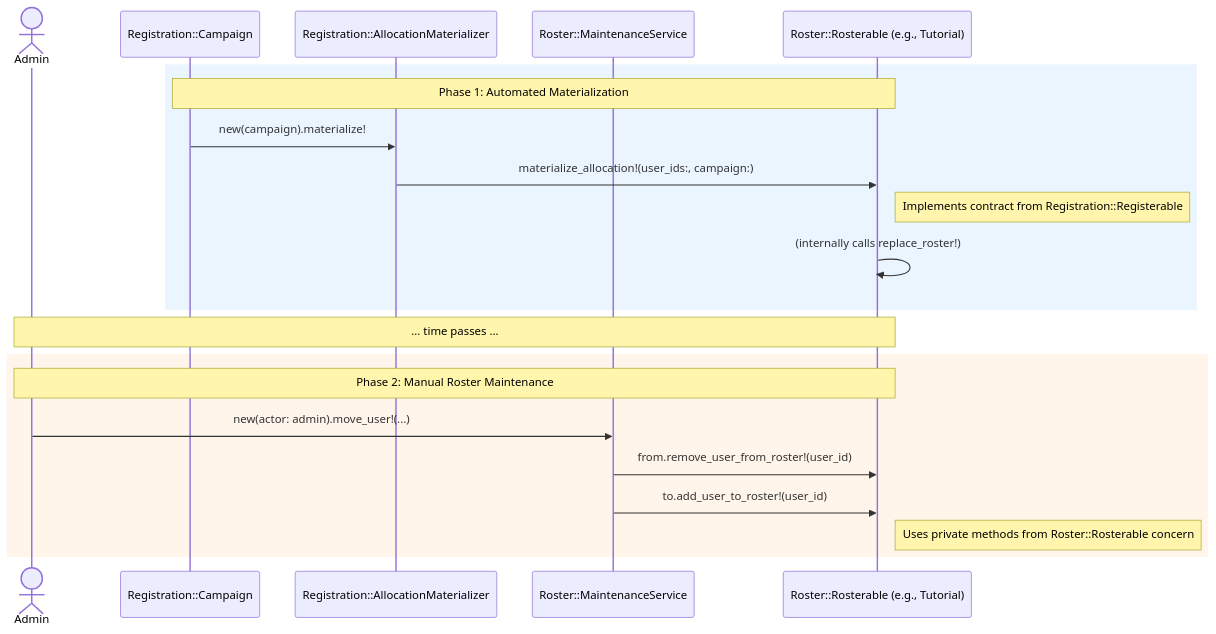
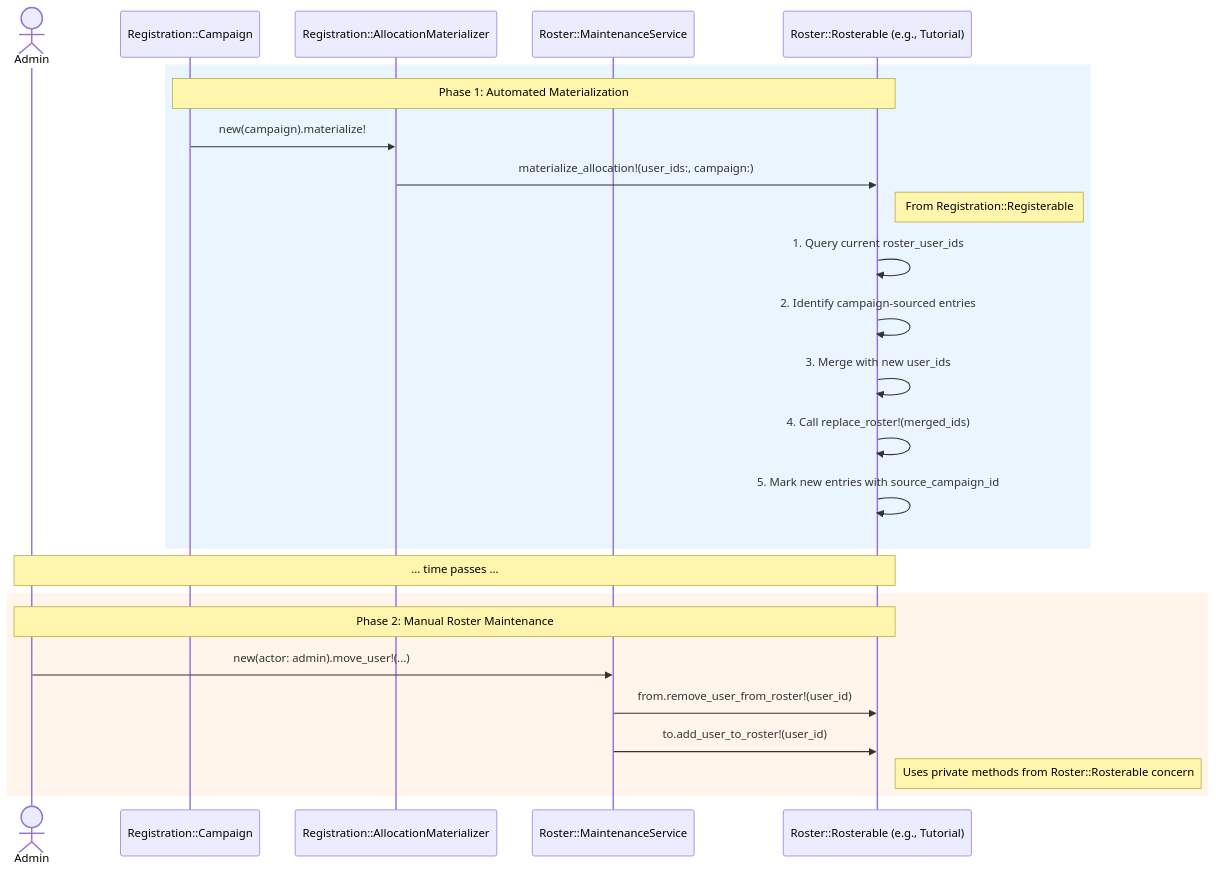
One commit to MaMpf-HD/mampf changed the second of 2 diagrams in architecture/src/features/03-rosters.md. Above: the diagram before and after it, drawn with Mermaid. The commit also changed other lines of this file and 12 other files, not shown here.

````diff
--- a/architecture/src/features/03-rosters.md
+++ b/architecture/src/features/03-rosters.md
@@ -347,26 +401,30 @@
 ```mermaid
 sequenceDiagram
     actor Admin
     participant Campaign as Registration::Campaign
     participant Materializer as Registration::AllocationMaterializer
     participant RosterService as Roster::MaintenanceService
-    participant RosterableModel as Roster::Rosterable (e.g., Tutorial)
+    participant Rosterable as Roster::Rosterable (e.g., Tutorial)
 
     rect rgb(235, 245, 255)
-    note over Campaign,RosterableModel: Phase 1: Automated Materialization
+    note over Campaign,Rosterable: Phase 1: Automated Materialization
     Campaign->>Materializer: new(campaign).materialize!
-    Materializer->>RosterableModel: materialize_allocation!(user_ids:, campaign:)
-    note right of RosterableModel: Implements contract from Registration::Registerable
-    RosterableModel->>RosterableModel: (internally calls replace_roster!)
+    Materializer->>Rosterable: materialize_allocation!(user_ids:, campaign:)
+    note right of Rosterable: From Registration::Registerable
+    Rosterable->>Rosterable: 1. Query current roster_user_ids
+    Rosterable->>Rosterable: 2. Identify campaign-sourced entries
+    Rosterable->>Rosterable: 3. Merge with new user_ids
+    Rosterable->>Rosterable: 4. Call replace_roster!(merged_ids)
+    Rosterable->>Rosterable: 5. Mark new entries with source_campaign_id
     end
 
-    note over Admin, RosterableModel: ... time passes ...
+    note over Admin, Rosterable: ... time passes ...
 
     rect rgb(255, 245, 235)
-    note over Admin,RosterableModel: Phase 2: Manual Roster Maintenance
+    note over Admin,Rosterable: Phase 2: Manual Roster Maintenance
     Admin->>RosterService: new(actor: admin).move_user!(...)
-    RosterService->>RosterableModel: from.remove_user_from_roster!(user_id)
-    RosterService->>RosterableModel: to.add_user_to_roster!(user_id)
-    note right of RosterableModel: Uses private methods from Roster::Rosterable concern
+    RosterService->>Rosterable: from.remove_user_from_roster!(user_id)
+    RosterService->>Rosterable: to.add_user_to_roster!(user_id)
+    note right of Rosterable: Uses private methods from Roster::Rosterable concern
     end
 ```
````
